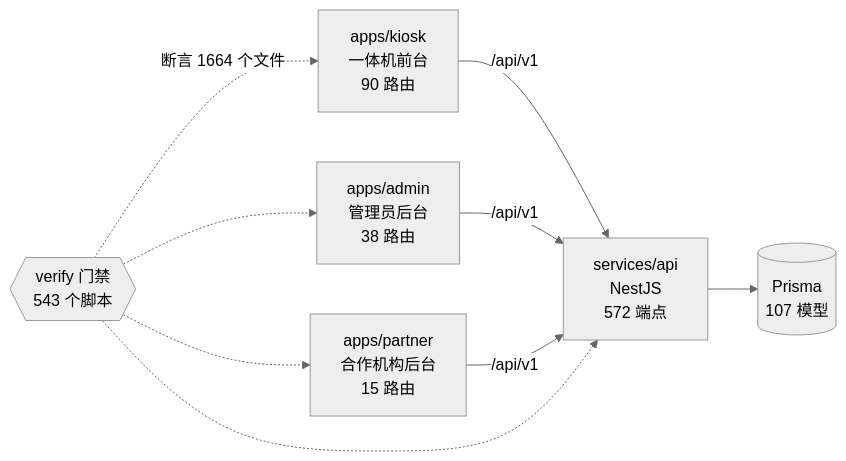
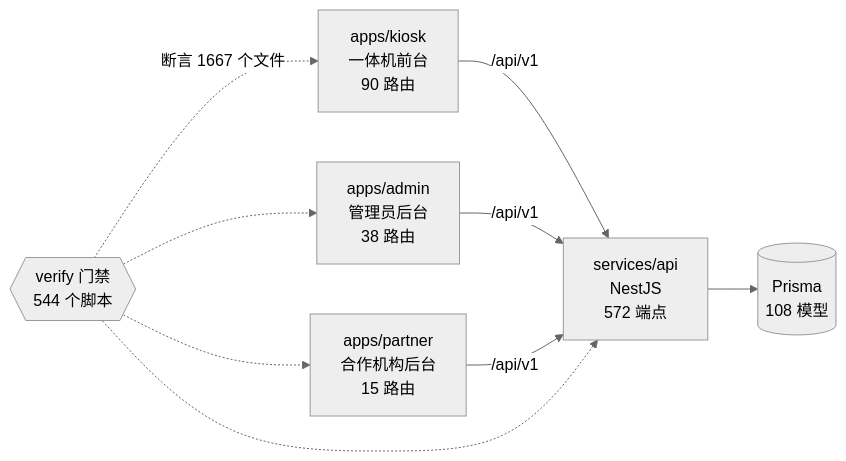
Before and after one commit to wanglei581/YITIJI: the diagram in docs/graph/README.md, drawn with Mermaid (neutral theme). The commit also changed other lines of this file and 3 other files, not shown here.

Commit message:
docs(progress): AI 用量账留存与汇总记录；重新生成图谱

````diff
--- a/docs/graph/README.md
+++ b/docs/graph/README.md
@@ -68,18 +68,18 @@
 ```mermaid
 flowchart LR
   kiosk["apps/kiosk<br/>一体机前台<br/>90 路由"]
   admin["apps/admin<br/>管理员后台<br/>38 路由"]
   partner["apps/partner<br/>合作机构后台<br/>15 路由"]
   api["services/api<br/>NestJS<br/>572 端点"]
-  db[("Prisma<br/>107 模型")]
-  gates{{"verify 门禁<br/>543 个脚本"}}
+  db[("Prisma<br/>108 模型")]
+  gates{{"verify 门禁<br/>544 个脚本"}}
 
   kiosk -->|"/api/v1"| api
   admin -->|"/api/v1"| api
   partner -->|"/api/v1"| api
   api --> db
-  gates -.->|"断言 1664 个文件"| kiosk
+  gates -.->|"断言 1667 个文件"| kiosk
   gates -.-> admin
   gates -.-> partner
   gates -.-> api
 ```
````
